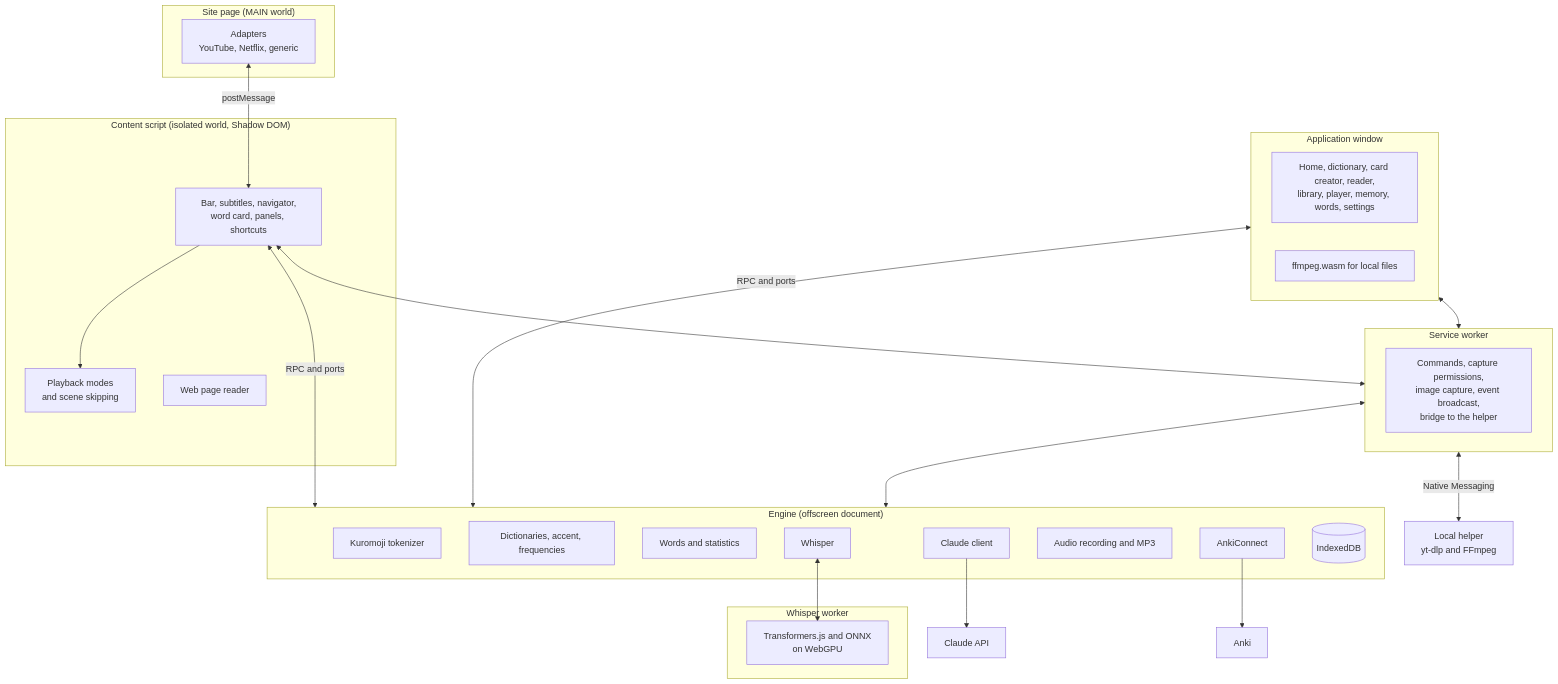
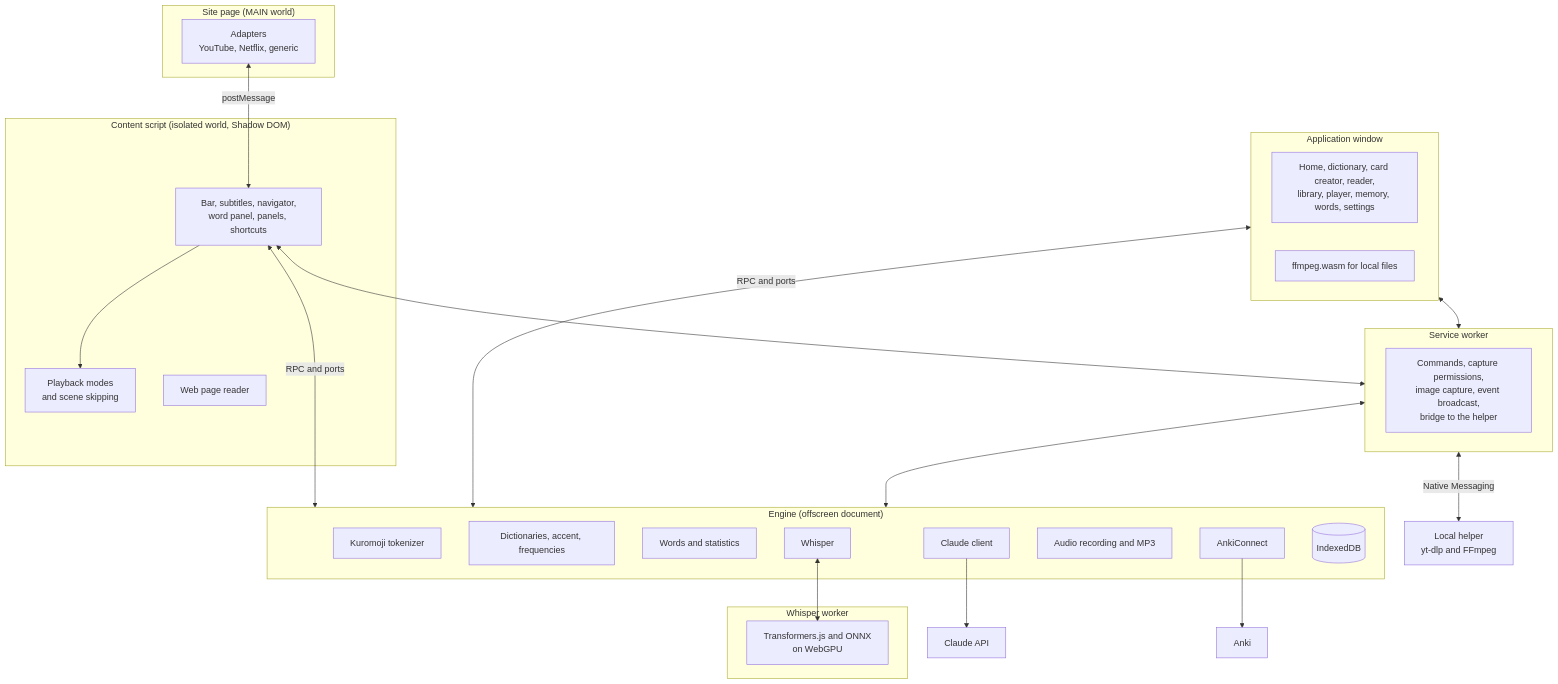
One commit to Eliam4510/kotonoha changed the diagram in docs/architecture.md. Above: the diagram before and after it, drawn with Mermaid. The commit also changed other lines of this file and 74 other files, not shown here.

````diff
--- a/docs/architecture.md
+++ b/docs/architecture.md
@@ -9,42 +9,42 @@
 ```mermaid
 flowchart TB
   subgraph Pagina["Site page (MAIN world)"]
     AD["Adapters<br/>YouTube, Netflix, generic"]
   end
   subgraph Contenido["Content script (isolated world, Shadow DOM)"]
-    UI["Bar, subtitles, navigator,<br/>word card, panels, shortcuts"]
+    UI["Bar, subtitles, navigator,<br/>word panel, panels, shortcuts"]
     MODO["Playback modes<br/>and scene skipping"]
     WEB["Web page reader"]
   end
   subgraph SW["Service worker"]
     RUTA["Commands, capture permissions,<br/>image capture, event broadcast,<br/>bridge to the helper"]
   end
   subgraph Motor["Engine (offscreen document)"]
     TOK["Kuromoji tokenizer"]
     DIC["Dictionaries, accent, frequencies"]
     PAL["Words and statistics"]
     IA["Claude client"]
     ANKI["AnkiConnect"]
     REC["Audio recording and MP3"]
     WH["Whisper"]
     DB[("IndexedDB")]
   end
   subgraph Trabajador["Whisper worker"]
     GPU["Transformers.js and ONNX<br/>on WebGPU"]
   end
   subgraph App["Application window"]
     PANT["Home, dictionary, card creator, reader,<br/>library, player, memory, words, settings"]
     FF["ffmpeg.wasm for local files"]
   end
   AD <-->|postMessage| UI
   UI --> MODO
   UI <-->|RPC and ports| Motor
   UI <--> SW
   App <-->|RPC and ports| Motor
   App <--> SW
   SW <--> Motor
   SW <-->|Native Messaging| AY["Local helper<br/>yt-dlp and FFmpeg"]
   WH <--> GPU
   IA --> CL["Claude API"]
   ANKI --> AN["Anki"]
 ```
````
